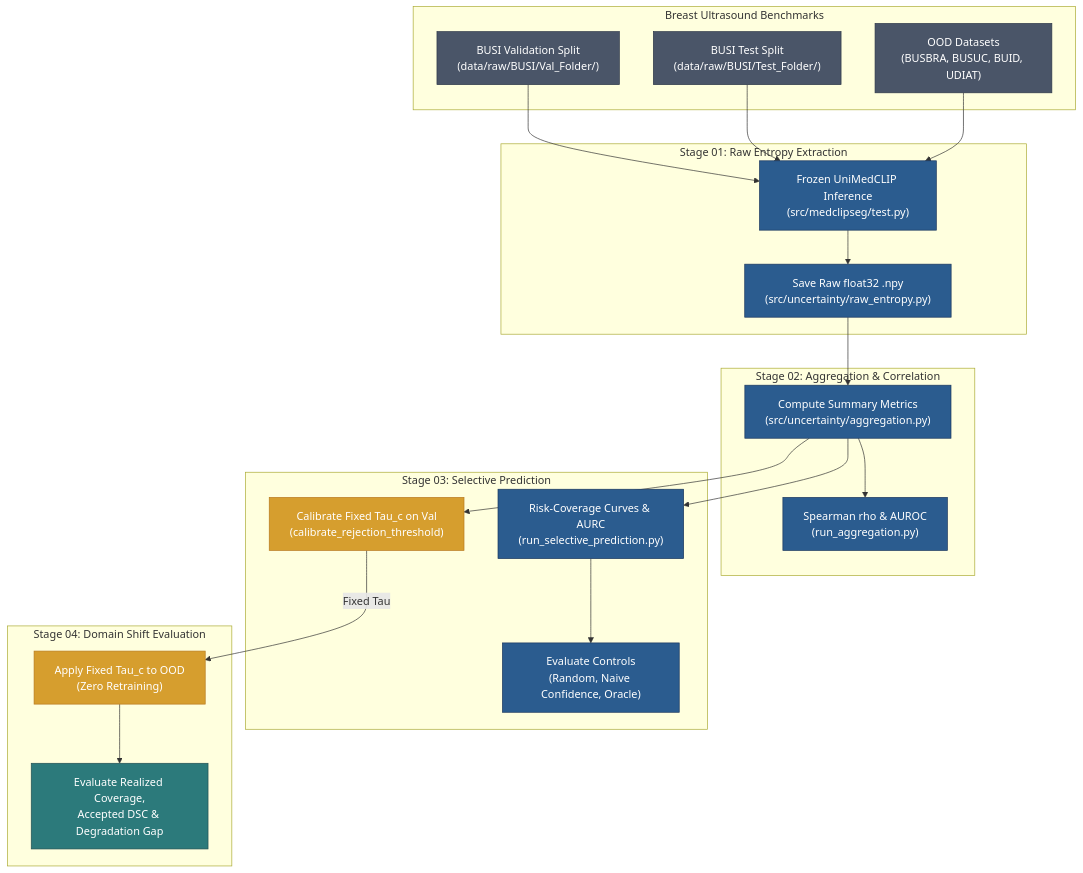
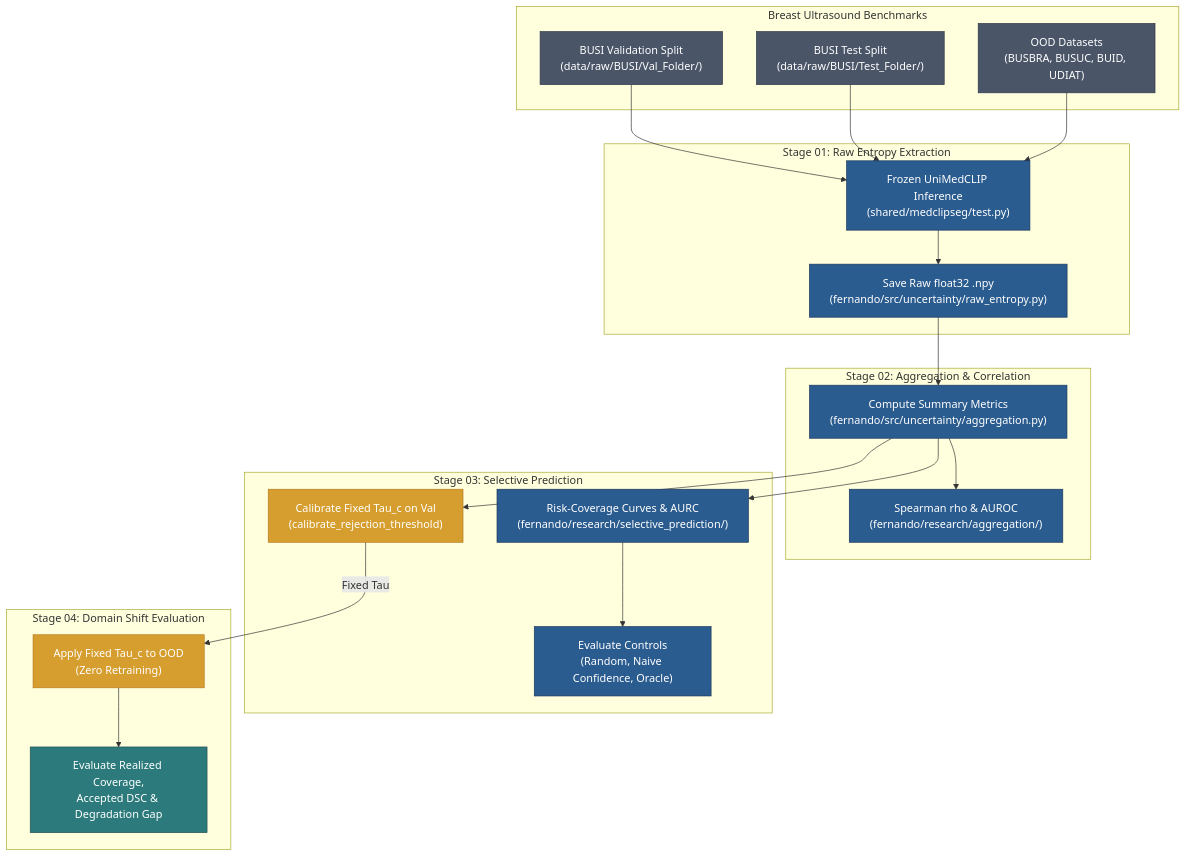
One commit to Fergarciamedina/MedCLIPSeg-plus-plus changed the third of 6 diagrams in docs/architecture.md. Above: the diagram before and after it, drawn with Mermaid. The commit also changed other lines of this file and 188 other files, not shown here.

Commit message:
feat(workstreams): reorganize repository by team owner (fernando, ehsan, shared)

````diff
--- a/docs/architecture.md
+++ b/docs/architecture.md
@@ -43,49 +67,49 @@
 ```mermaid
 flowchart TD
     classDef input fill:#4a5568,stroke:#2d3748,color:#ffffff;
     classDef proc fill:#2b5c8f,stroke:#1a365d,color:#ffffff;
     classDef dec fill:#d69e2e,stroke:#b7791f,color:#ffffff;
     classDef out fill:#2c7a7b,stroke:#234e52,color:#ffffff;
 
     subgraph DataSplits ["Breast Ultrasound Benchmarks"]
         BUSI_Val["BUSI Validation Split<br>(data/raw/BUSI/Val_Folder/)"]:::input
         BUSI_Test["BUSI Test Split<br>(data/raw/BUSI/Test_Folder/)"]:::input
         OOD_Sets["OOD Datasets<br>(BUSBRA, BUSUC, BUID, UDIAT)"]:::input
     end
 
     subgraph Stage01 ["Stage 01: Raw Entropy Extraction"]
-        Infer["Frozen UniMedCLIP Inference<br>(src/medclipseg/test.py)"]:::proc
-        SaveRaw["Save Raw float32 .npy<br>(src/uncertainty/raw_entropy.py)"]:::proc
+        Infer["Frozen UniMedCLIP Inference<br>(shared/medclipseg/test.py)"]:::proc
+        SaveRaw["Save Raw float32 .npy<br>(fernando/src/uncertainty/raw_entropy.py)"]:::proc
     end
 
     subgraph Stage02 ["Stage 02: Aggregation & Correlation"]
-        Agg["Compute Summary Metrics<br>(src/uncertainty/aggregation.py)"]:::proc
-        Metrics["Spearman rho & AUROC<br>(run_aggregation.py)"]:::proc
+        Agg["Compute Summary Metrics<br>(fernando/src/uncertainty/aggregation.py)"]:::proc
+        Metrics["Spearman rho & AUROC<br>(fernando/research/aggregation/)"]:::proc
     end
 
     subgraph Stage03 ["Stage 03: Selective Prediction"]
         Calib["Calibrate Fixed Tau_c on Val<br>(calibrate_rejection_threshold)"]:::dec
-        RiskCov["Risk-Coverage Curves & AURC<br>(run_selective_prediction.py)"]:::proc
+        RiskCov["Risk-Coverage Curves & AURC<br>(fernando/research/selective_prediction/)"]:::proc
         Controls["Evaluate Controls<br>(Random, Naive Confidence, Oracle)"]:::proc
     end
 
     subgraph Stage04 ["Stage 04: Domain Shift Evaluation"]
         ApplyFrozen["Apply Fixed Tau_c to OOD<br>(Zero Retraining)"]:::dec
         OODMetrics["Evaluate Realized Coverage,<br>Accepted DSC & Degradation Gap"]:::out
     end
 
     BUSI_Val --> Infer
     BUSI_Test --> Infer
     OOD_Sets --> Infer
 
     Infer --> SaveRaw
     SaveRaw --> Agg
     Agg --> Metrics
 
     Agg --> Calib
     Calib -->|"Fixed Tau"| ApplyFrozen
     Agg --> RiskCov
     RiskCov --> Controls
 
     ApplyFrozen --> OODMetrics
 ```
````
